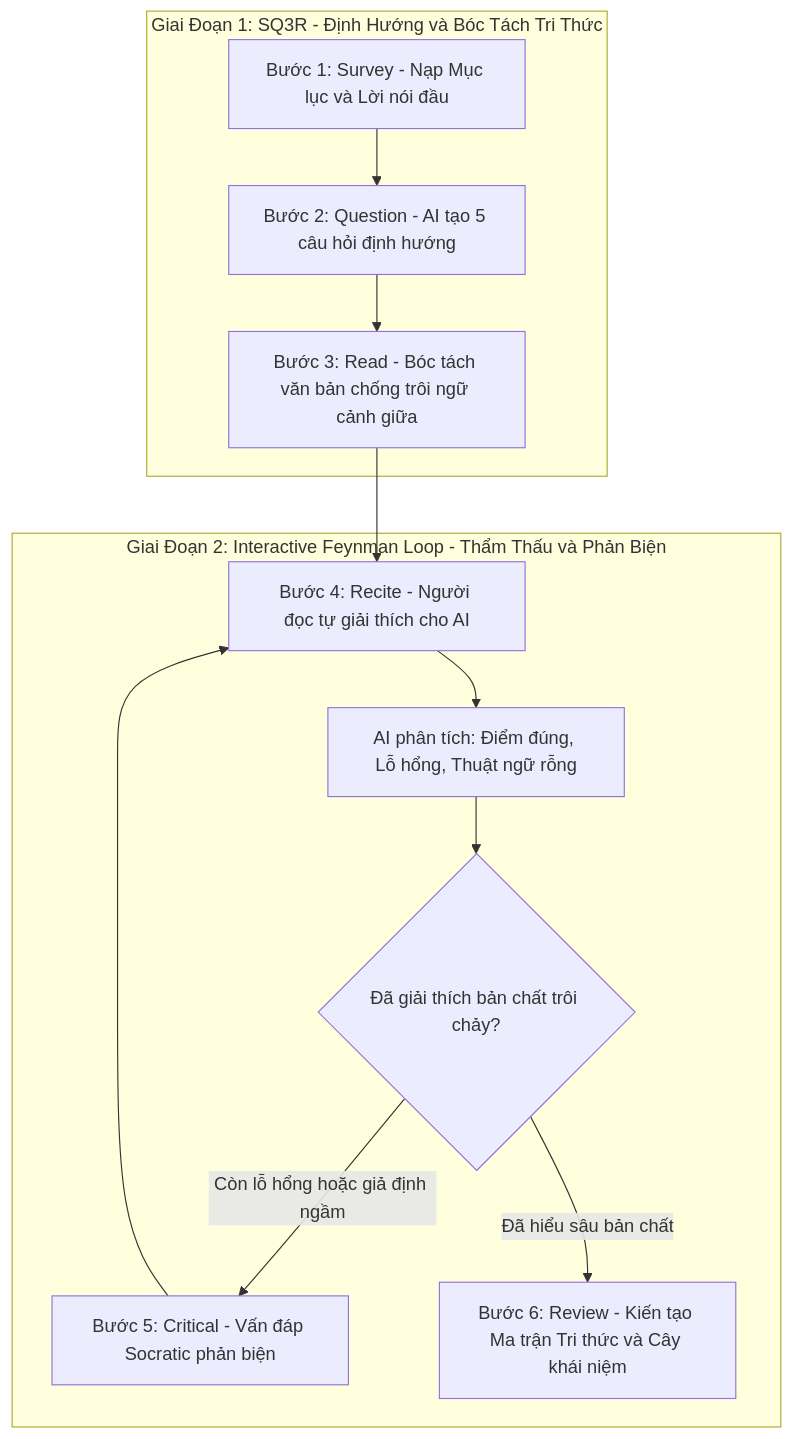
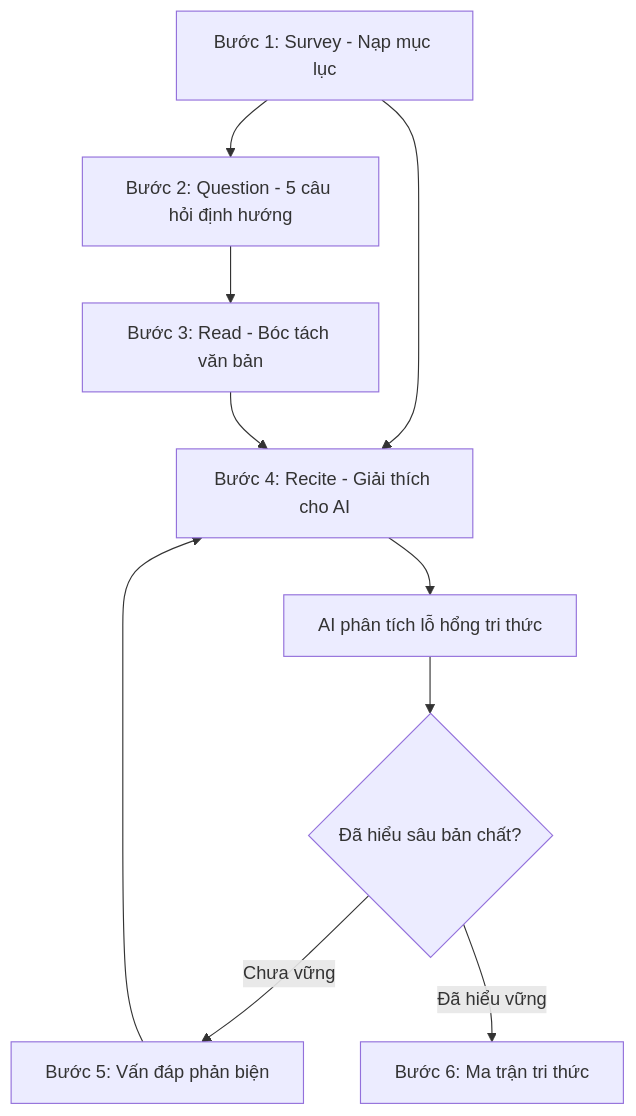
One commit to nguyengoctin/my_website changed the diagram in content/posts/doc-sach-hoc-thuat-cung-ai.md. Above: the diagram before and after it, drawn with Mermaid. The commit also changed 17 other files, not shown here.

````diff
--- a/content/posts/doc-sach-hoc-thuat-cung-ai.md
+++ b/content/posts/doc-sach-hoc-thuat-cung-ai.md
@@ -41,15 +41,12 @@
 ```mermaid
 flowchart TD
-    subgraph STAGE1 ["Giai Đoạn 1: SQ3R - Định Hướng và Bóc Tách Tri Thức"]
-        S1["Bước 1: Survey - Nạp Mục lục và Lời nói đầu"] --> S2["Bước 2: Question - AI tạo 5 câu hỏi định hướng"]
-        S2 --> S3["Bước 3: Read - Bóc tách văn bản chống trôi ngữ cảnh giữa"]
-    end
-    subgraph STAGE2 ["Giai Đoạn 2: Interactive Feynman Loop - Thẩm Thấu và Phản Biện"]
-        S3 --> F1["Bước 4: Recite - Người đọc tự giải thích cho AI"]
-        F1 --> F2["AI phân tích: Điểm đúng, Lỗ hổng, Thuật ngữ rỗng"]
-        F2 --> F3{"Đã giải thích bản chất trôi chảy?"}
-        F3 -->|Còn lỗ hổng hoặc giả định ngầm| F4["Bước 5: Critical - Vấn đáp Socratic phản biện"]
-        F4 --> F1
-        F3 -->|Đã hiểu sâu bản chất| R1["Bước 6: Review - Kiến tạo Ma trận Tri thức và Cây khái niệm"]
-    end
+    S1["Bước 1: Survey - Nạp mục lục"] --> S2["Bước 2: Question - 5 câu hỏi định hướng"]
+    S2 --> S3["Bước 3: Read - Bóc tách văn bản"]
+    S1 --> F1["Bước 4: Recite - Giải thích cho AI"]
+    S3 --> F1
+    F1 --> F2["AI phân tích lỗ hổng tri thức"]
+    F2 --> F3{"Đã hiểu sâu bản chất?"}
+    F3 -->|Chưa vững| F4["Bước 5: Vấn đáp phản biện"]
+    F4 --> F1
+    F3 -->|Đã hiểu vững| R1["Bước 6: Ma trận tri thức"]
 ```
````
